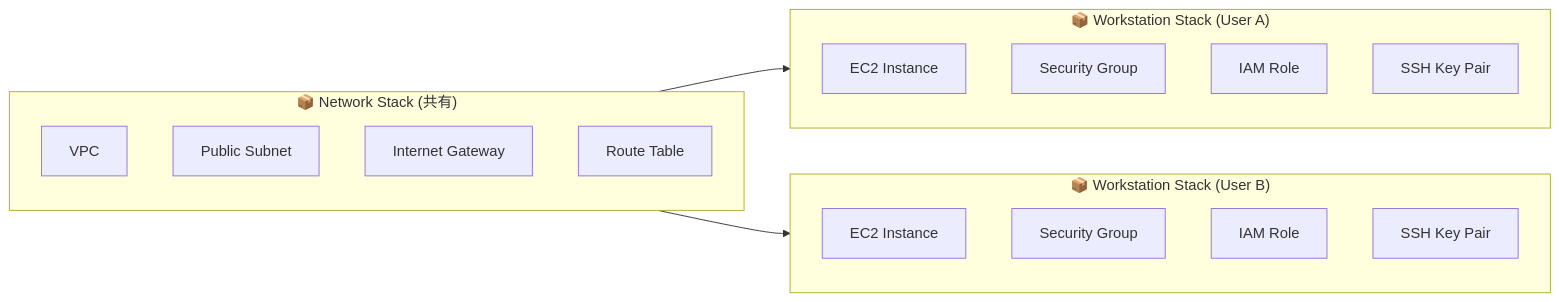
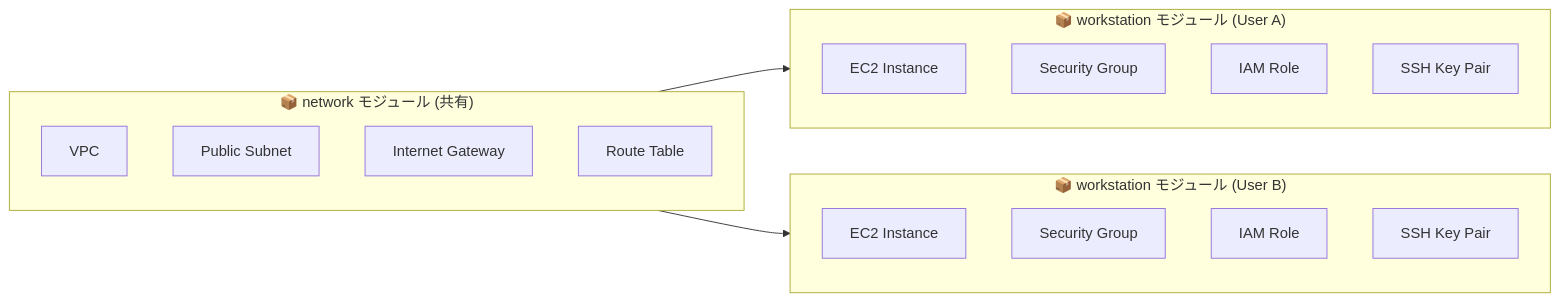
One commit to sukekyo26/ec2-workstation changed the second of 4 diagrams in README.md. Above: the diagram before and after it, drawn with Mermaid. The commit also changed other lines of this file and 34 other files, not shown here.

````diff
--- a/README.md
+++ b/README.md
@@ -60,26 +60,26 @@
 ```mermaid
 flowchart LR
-    subgraph NetworkStack["📦 Network Stack (共有)"]
+    subgraph NetworkStack["📦 network モジュール (共有)"]
         VPC["VPC"]
         Subnet["Public Subnet"]
         IGW["Internet Gateway"]
         RT["Route Table"]
     end
 
-    subgraph WorkstationA["📦 Workstation Stack (User A)"]
+    subgraph WorkstationA["📦 workstation モジュール (User A)"]
         EC2A["EC2 Instance"]
         SGA["Security Group"]
         IAMA["IAM Role"]
         KPA["SSH Key Pair"]
     end
 
-    subgraph WorkstationB["📦 Workstation Stack (User B)"]
+    subgraph WorkstationB["📦 workstation モジュール (User B)"]
         EC2B["EC2 Instance"]
         SGB["Security Group"]
         IAMB["IAM Role"]
         KPB["SSH Key Pair"]
     end
 
     NetworkStack --> WorkstationA
     NetworkStack --> WorkstationB
 ```
````
